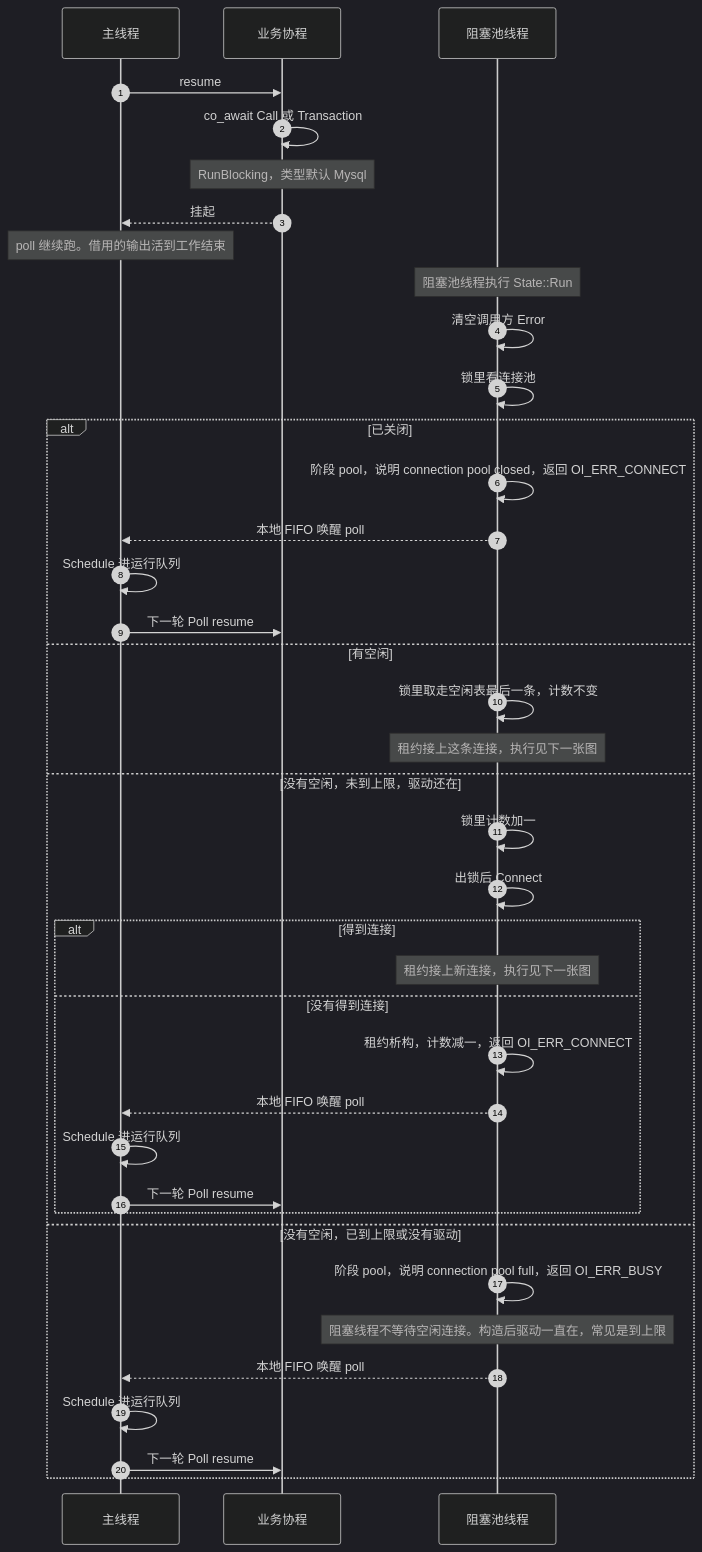
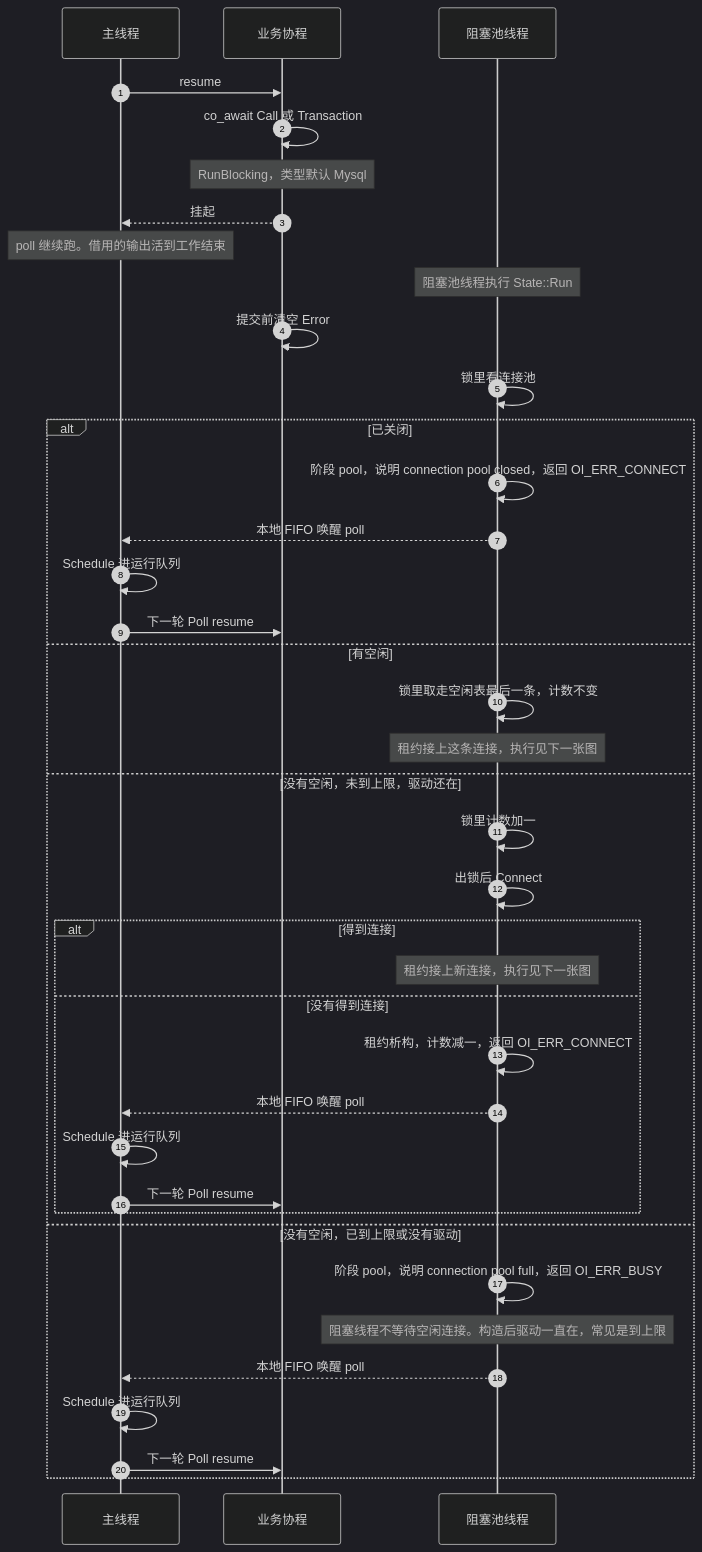
Before and after one commit to orikiaru/openidea: the first of 2 diagrams in docs/sequence-diagram/single-thread/database.md, drawn with Mermaid (dark theme). The commit also changed other lines of this file and 24 other files, not shown here.

````diff
--- a/docs/sequence-diagram/single-thread/database.md
+++ b/docs/sequence-diagram/single-thread/database.md
@@ -11,42 +13,42 @@
 ```mermaid
 sequenceDiagram
     autonumber
     participant Main as 主线程
     participant Biz as 业务协程
     participant Pool as 阻塞池线程
 
     Main->>Biz: resume
     Biz->>Biz: co_await Call 或 Transaction
     Note over Biz: RunBlocking，类型默认 Mysql
     Biz-->>Main: 挂起
     Note over Main: poll 继续跑。借用的输出活到工作结束
     Note over Pool: 阻塞池线程执行 State::Run
-    Pool->>Pool: 清空调用方 Error
+    Biz->>Biz: 提交前清空 Error
     Pool->>Pool: 锁里看连接池
     alt 已关闭
         Pool->>Pool: 阶段 pool，说明 connection pool closed，返回 OI_ERR_CONNECT
         Pool-->>Main: 本地 FIFO 唤醒 poll
         Main->>Main: Schedule 进运行队列
         Main->>Biz: 下一轮 Poll resume
     else 有空闲
         Pool->>Pool: 锁里取走空闲表最后一条，计数不变
         Note over Pool: 租约接上这条连接，执行见下一张图
     else 没有空闲，未到上限，驱动还在
         Pool->>Pool: 锁里计数加一
         Pool->>Pool: 出锁后 Connect
         alt 得到连接
             Note over Pool: 租约接上新连接，执行见下一张图
         else 没有得到连接
             Pool->>Pool: 租约析构，计数减一，返回 OI_ERR_CONNECT
             Pool-->>Main: 本地 FIFO 唤醒 poll
             Main->>Main: Schedule 进运行队列
             Main->>Biz: 下一轮 Poll resume
         end
     else 没有空闲，已到上限或没有驱动
         Pool->>Pool: 阶段 pool，说明 connection pool full，返回 OI_ERR_BUSY
         Note over Pool: 阻塞线程不等待空闲连接。构造后驱动一直在，常见是到上限
         Pool-->>Main: 本地 FIFO 唤醒 poll
         Main->>Main: Schedule 进运行队列
         Main->>Biz: 下一轮 Poll resume
     end
 ```
````
